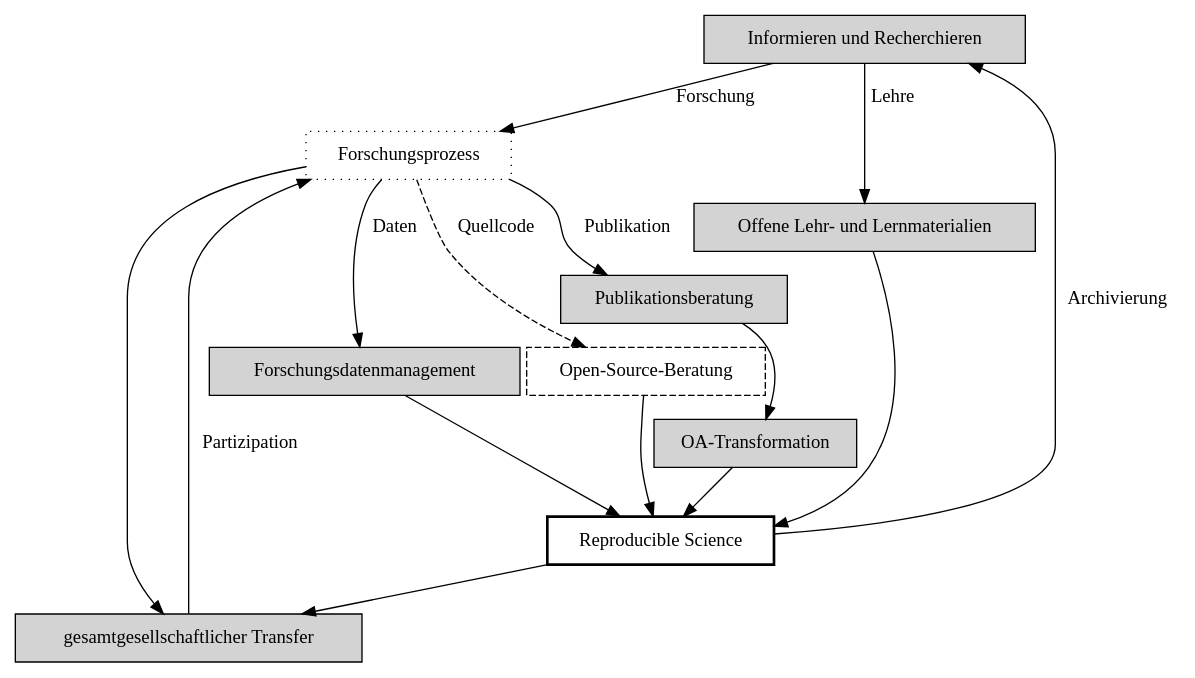
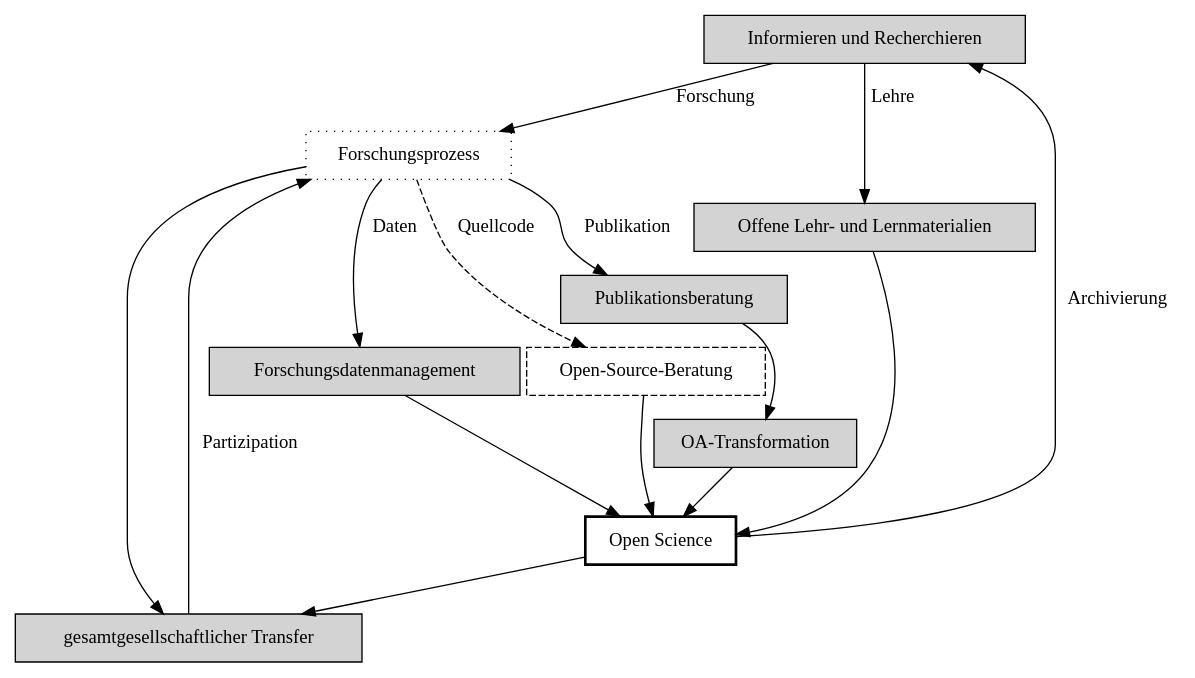
One commit to wrznr/slub-open-science-2021 changed the diagram in img/research_cycle.dot. Above: the diagram before and after it, drawn with Graphviz. The commit also changed 2 other files, not shown here.

```diff
--- a/img/research_cycle.dot
+++ b/img/research_cycle.dot
@@ -1,26 +1,26 @@
 digraph G {
      one [label="Informieren und Recherchieren", shape=box, style=filled];
      two [label="Forschungsprozess", style=dotted, shape=box];
      three [label="Offene Lehr- und Lernmaterialien", shape=box, style=filled];
      four [label="Publikationsberatung", shape=box, style=filled];
      five [label="Forschungsdatenmanagement", shape=box, style=filled];
      six [label="OA-Transformation", shape=box, style=filled];
      seven [label="Open-Source-Beratung", style=dashed, shape=box];
-     eight [label="Reproducible Science", style=bold, shape=box];
+     eight [label="Open Science", style=bold, shape=box];
      nine [label="gesamtgesellschaftlicher Transfer", shape=box, style=filled];
      nine -> two [label="Partizipation"];
      two -> nine;
      eight -> nine;
      three -> eight;
      one -> two [label="Forschung"];
      one -> three [label="Lehre"];
      two -> four [label="Publikation"];
      two -> five [label="Daten"];
      two -> seven [label="Quellcode", style=dashed];
      seven -> eight;
      six -> eight;
      five -> eight;
      four -> six;
      eight -> one [label="Archivierung"];
 
 }
```
